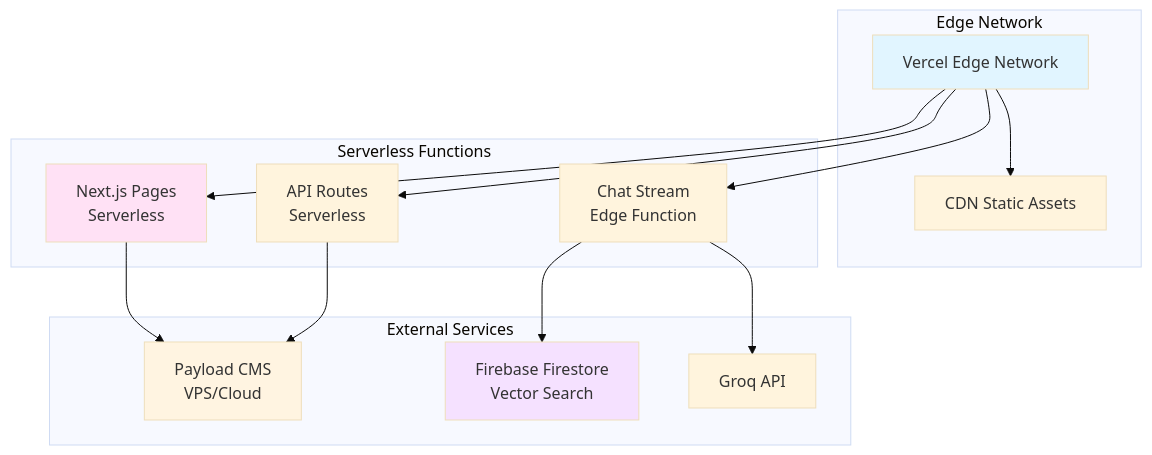
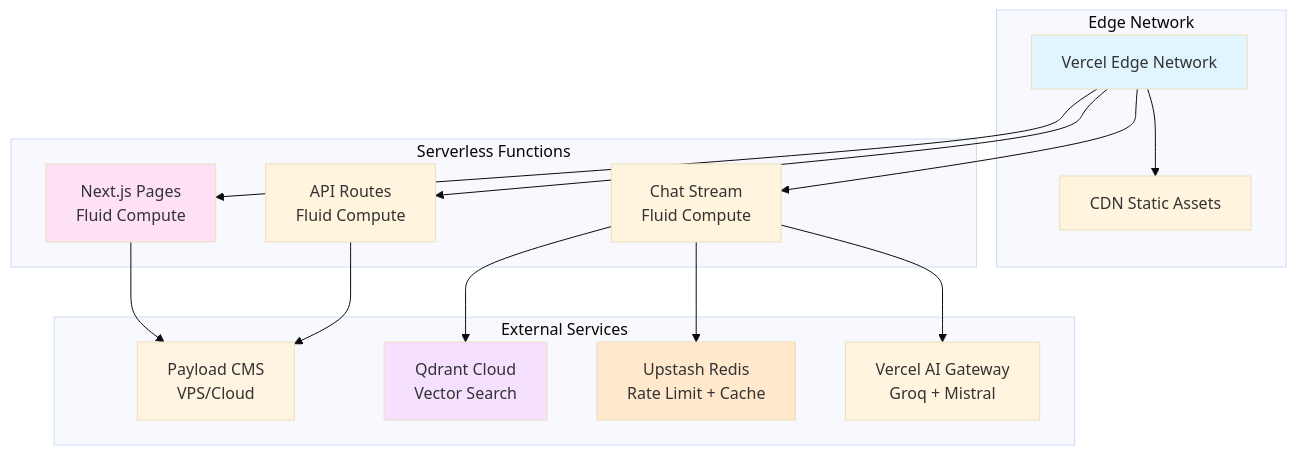
Before and after one commit to ossaidqadri/otherdev.web-02: the tenth of 10 diagrams in web/docs/ARCHITECTURE.md, drawn with Mermaid (base theme). The commit also changed other lines of this file and 4 other files, not shown here.

First line of the commit message:
docs: comprehensive update to reflect current architecture

````diff
--- a/web/docs/ARCHITECTURE.md
+++ b/web/docs/ARCHITECTURE.md
@@ -741,34 +841,37 @@
 ```mermaid
 graph TB
     subgraph "Edge Network"
         Vercel[Vercel Edge Network]
         CDN[CDN Static Assets]
     end
 
     subgraph "Serverless Functions"
-        Pages[Next.js Pages<br/>Serverless]
-        API[API Routes<br/>Serverless]
-        Chat[Chat Stream<br/>Edge Function]
+        Pages[Next.js Pages<br/>Fluid Compute]
+        API[API Routes<br/>Fluid Compute]
+        Chat[Chat Stream<br/>Fluid Compute]
     end
 
     subgraph "External Services"
         CMS[Payload CMS<br/>VPS/Cloud]
-        Vector[Firebase Firestore<br/>Vector Search]
-        LLM[Groq API]
+        Qdrant[Qdrant Cloud<br/>Vector Search]
+        Upstash[Upstash Redis<br/>Rate Limit + Cache]
+        LLM[Vercel AI Gateway<br/>Groq + Mistral]
     end
 
     Vercel --> Pages
     Vercel --> API
     Vercel --> Chat
     Vercel --> CDN
 
     Pages --> CMS
     API --> CMS
-    Chat --> Vector
+    Chat --> Qdrant
+    Chat --> Upstash
     Chat --> LLM
 
     style Vercel fill:#e1f5ff
     style Pages fill:#ffe1f5
     style CMS fill:#fff4e1
-    style Vector fill:#f5e1ff
+    style Qdrant fill:#f5e1ff
+    style Upstash fill:#ffe8cc
 ```
````
